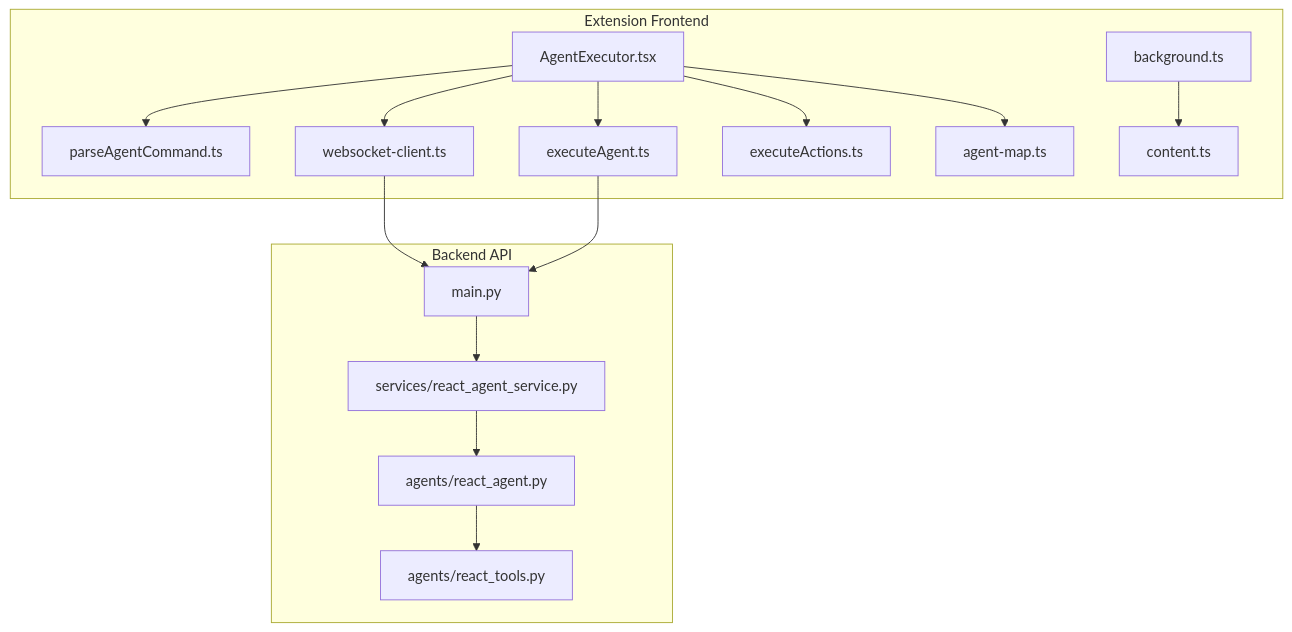
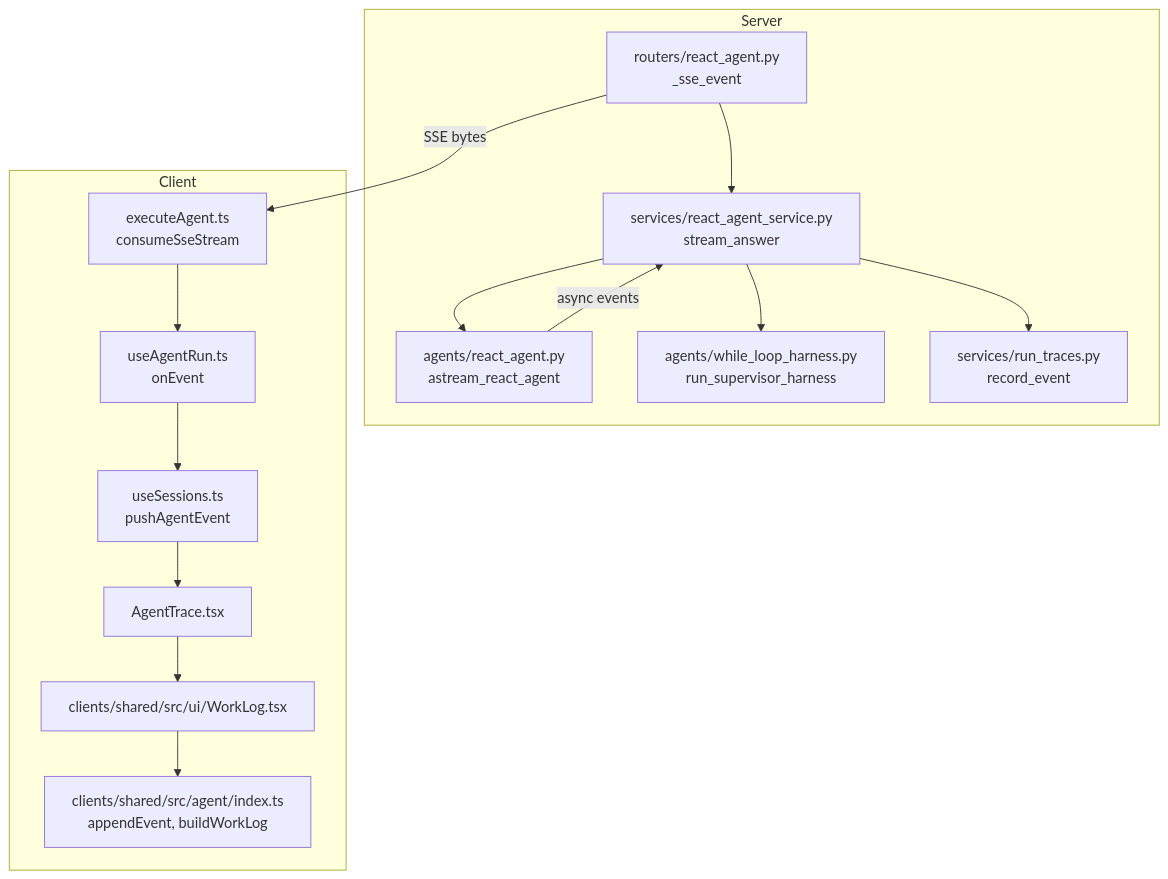
The first of 6 diagrams in src/data/docs/agentic-browser/Browser Extension/Agent Execution Engine.md (tashifkhan/tashif.codes), drawn with Mermaid before and after one commit. The commit also changed other lines of this file and 114 other files, not shown here.

````diff
--- a/src/data/docs/agentic-browser/Browser Extension/Agent Execution Engine.md
+++ b/src/data/docs/agentic-browser/Browser Extension/Agent Execution Engine.md
@@ -11,30 +16,29 @@
 ```mermaid
 graph TB
-subgraph "Extension Frontend"
-UI["AgentExecutor.tsx"]
-Parser["parseAgentCommand.ts"]
-Executor["executeAgent.ts"]
-WS["websocket-client.ts"]
-Actions["executeActions.ts"]
-Map["agent-map.ts"]
-BG["background.ts"]
-CT["content.ts"]
-end
-subgraph "Backend API"
-API["main.py"]
-REACT_SVC["services/react_agent_service.py"]
-REACT_GRAPH["agents/react_agent.py"]
-REACT_TOOLS["agents/react_tools.py"]
-end
-UI --> Parser
-UI --> Executor
-UI --> WS
-UI --> Actions
-UI --> Map
-BG --> CT
-WS --> API
-Executor --> API
-API --> REACT_SVC
-REACT_SVC --> REACT_GRAPH
-REACT_GRAPH --> REACT_TOOLS
+  subgraph Server
+    Route["routers/react_agent.py<br/>_sse_event"]
+    Service["services/react_agent_service.py<br/>stream_answer"]
+    Agent["agents/react_agent.py<br/>astream_react_agent"]
+    Harness["agents/while_loop_harness.py<br/>run_supervisor_harness"]
+    Trace["services/run_traces.py<br/>record_event"]
+  end
+  subgraph Client
+    Exec["executeAgent.ts<br/>consumeSseStream"]
+    Hook["useAgentRun.ts<br/>onEvent"]
+    Sessions["useSessions.ts<br/>pushAgentEvent"]
+    TraceUI["AgentTrace.tsx"]
+    Log["clients/shared/src/ui/WorkLog.tsx"]
+    Reduce["clients/shared/src/agent/index.ts<br/>appendEvent, buildWorkLog"]
+  end
+  Route --> Service
+  Service --> Agent
+  Service --> Harness
+  Service --> Trace
+  Agent -- "async events" --> Service
+  Route -- "SSE bytes" --> Exec
+  Exec --> Hook
+  Hook --> Sessions
+  Sessions --> TraceUI
+  TraceUI --> Log
+  Log --> Reduce
 ```
````
